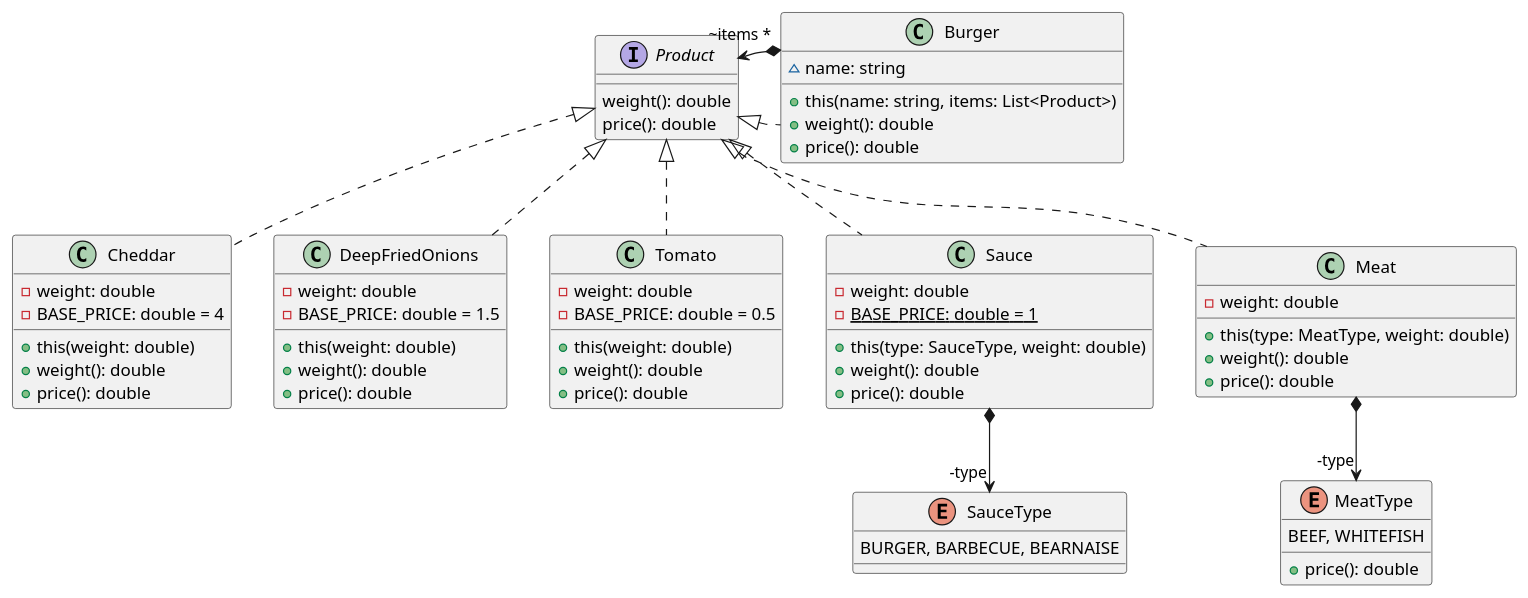
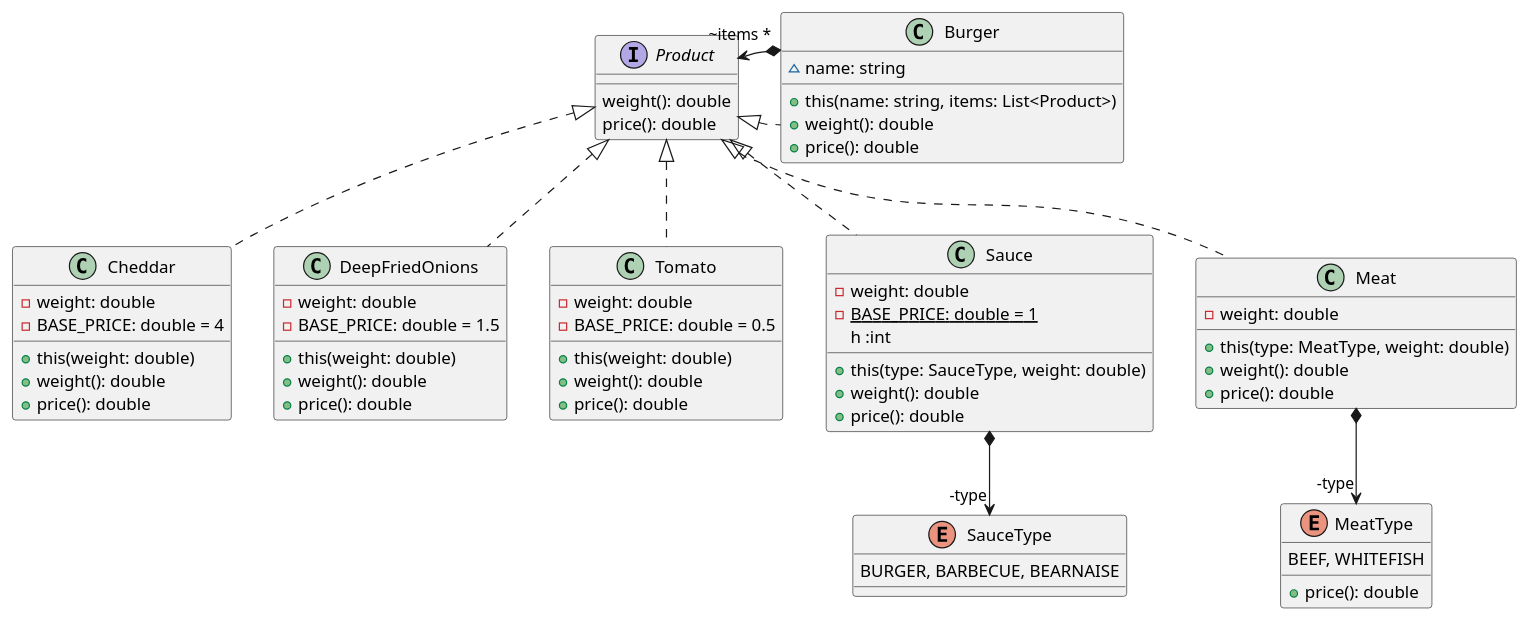
One commit to ANIESSE05/TD-MAPC-M1-MIAGE changed the diagram in td1originalDiagram.plantuml. Above: the diagram before and after it, drawn with PlantUML.

Commit message:
second commit

```diff
--- a/td1originalDiagram.plantuml
+++ b/td1originalDiagram.plantuml
@@ -1,66 +1,67 @@
 @startuml classdiagram
 
     interface Product {
         weight(): double
         price(): double
     }
 
     enum SauceType {
         BURGER, BARBECUE, BEARNAISE
     }
 
     enum MeatType {
         BEEF, WHITEFISH
         + price(): double
     }
 
     class Cheddar implements Product {
         - weight: double
         - BASE_PRICE: double = 4
         + this(weight: double)
         + weight(): double
         + price(): double
     }
 
     class DeepFriedOnions implements Product {
         - weight: double
         - BASE_PRICE: double = 1.5
         + this(weight: double)
         + weight(): double
         + price(): double
     }
 
     class Tomato implements Product {
         - weight: double
         - BASE_PRICE: double = 0.5
         + this(weight: double)
         + weight(): double
         + price(): double
-    }
+    }  
 
     class Sauce implements Product { 
         - weight: double
         - {static} BASE_PRICE: double = 1
         + this(type: SauceType, weight: double)
-        + weight(): double
+        + weight(): double   
         + price(): double
+        h :int
     }
     Sauce *--> "-type" SauceType
 
     class Meat implements Product {
         - weight: double
         + this(type: MeatType, weight: double)
         + weight(): double
         + price(): double
     }
     Meat *--> "-type" MeatType
 
     class Burger implements Product {
         ~ name: string
         + this(name: string, items: List<Product>)
         + weight(): double
         + price(): double
     }
     Burger *-> "~items *" Product
 
 @enduml
```
